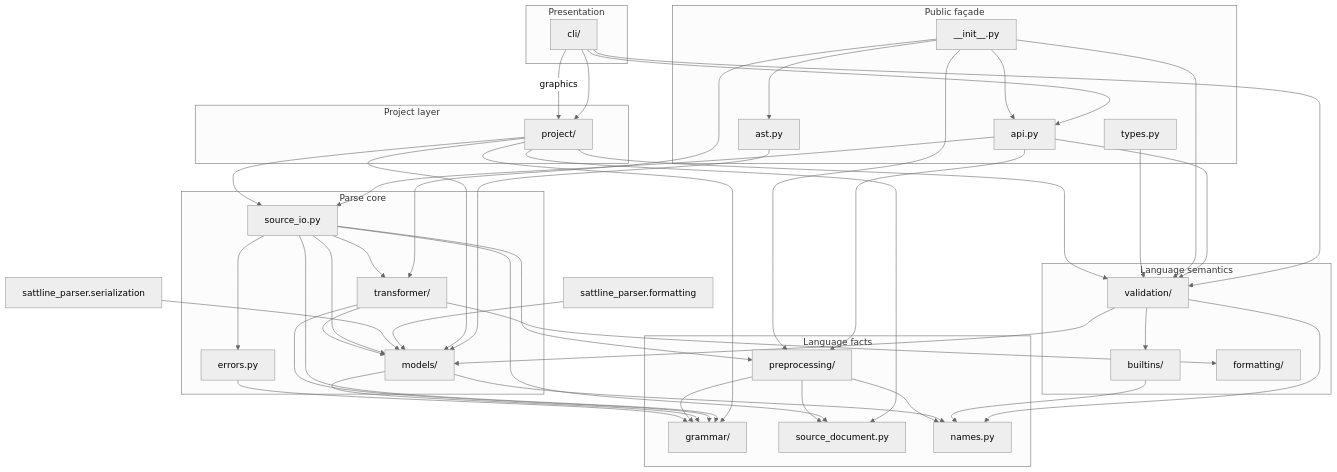
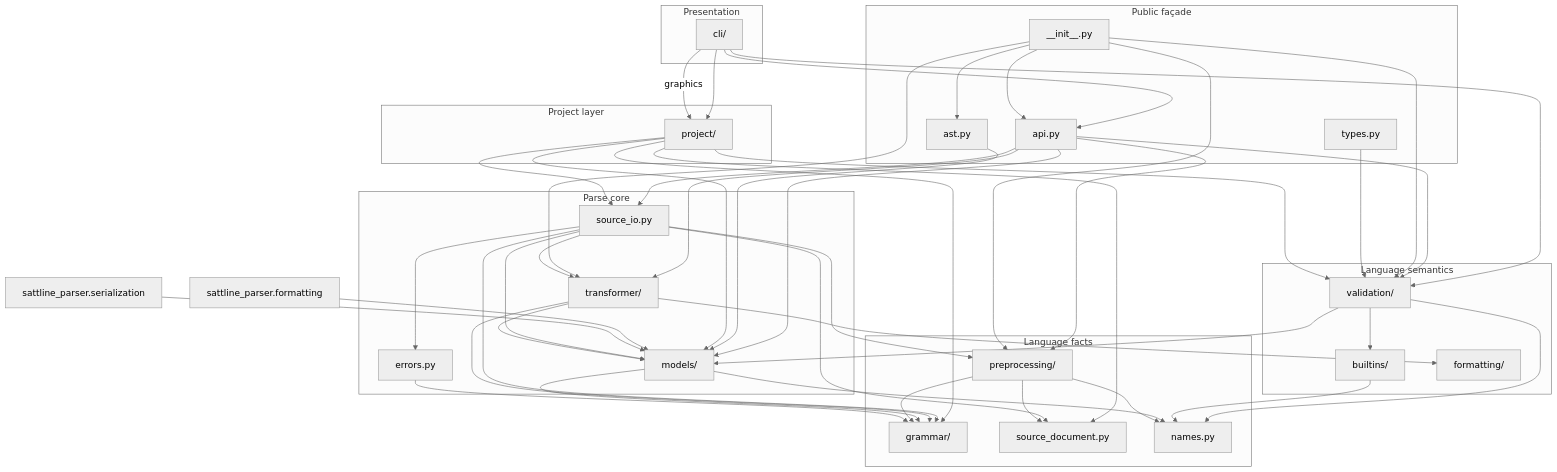
One commit to SorenHJohansen/sattline-parser changed the first of 4 diagrams in docs/architecture.md. Above: the diagram before and after it, drawn with Mermaid (neutral theme). The commit also changed other lines of this file and 131 other files, not shown here.

```diff
--- a/docs/architecture.md
+++ b/docs/architecture.md
@@ -50,6 +50,8 @@
     API --> SOURCE_IO
     API --> PREPROCESS
     API --> VALIDATION
+    API --> MODELS
+    API --> TRANSFORMER
     INIT --> API
     INIT --> ASTSURF
     INIT --> TRANSFORMER
```
